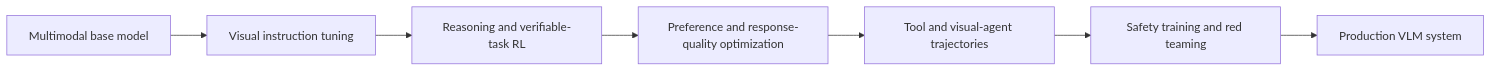
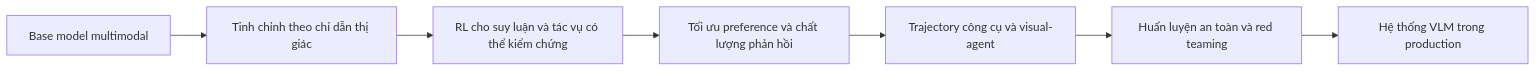
One commit to cycler04/VinRobotics-VLA changed the seventh of 8 diagrams in docs/research_finding/01-gwen/broad_overview/LLM_VLM/recent_vlm_overview.md. Above: the diagram before and after it, drawn with Mermaid. The commit also changed other lines of this file and 79 other files, not shown here.

````diff
--- a/docs/research_finding/01-gwen/broad_overview/LLM_VLM/recent_vlm_overview.md
+++ b/docs/research_finding/01-gwen/broad_overview/LLM_VLM/recent_vlm_overview.md
@@ -629,9 +637,9 @@
 ```mermaid
 flowchart LR
-    B[Multimodal base model] --> SFT[Visual instruction tuning]
-    SFT --> R[Reasoning and verifiable-task RL]
-    R --> P[Preference and response-quality optimization]
-    P --> A[Tool and visual-agent trajectories]
-    A --> Safe[Safety training and red teaming]
-    Safe --> Prod[Production VLM system]
+    B[Base model multimodal] --> SFT[Tinh chỉnh theo chỉ dẫn thị giác]
+    SFT --> R[RL cho suy luận và tác vụ có thể kiểm chứng]
+    R --> P[Tối ưu preference và chất lượng phản hồi]
+    P --> A[Trajectory công cụ và visual-agent]
+    A --> Safe[Huấn luyện an toàn và red teaming]
+    Safe --> Prod[Hệ thống VLM trong production]
 ```
````
